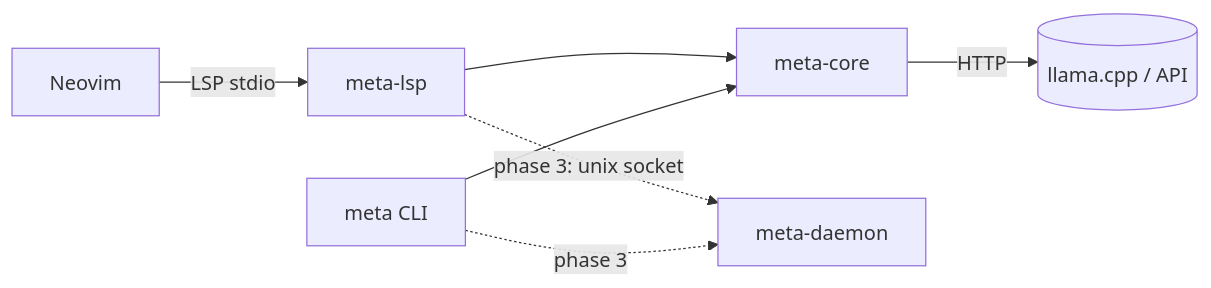
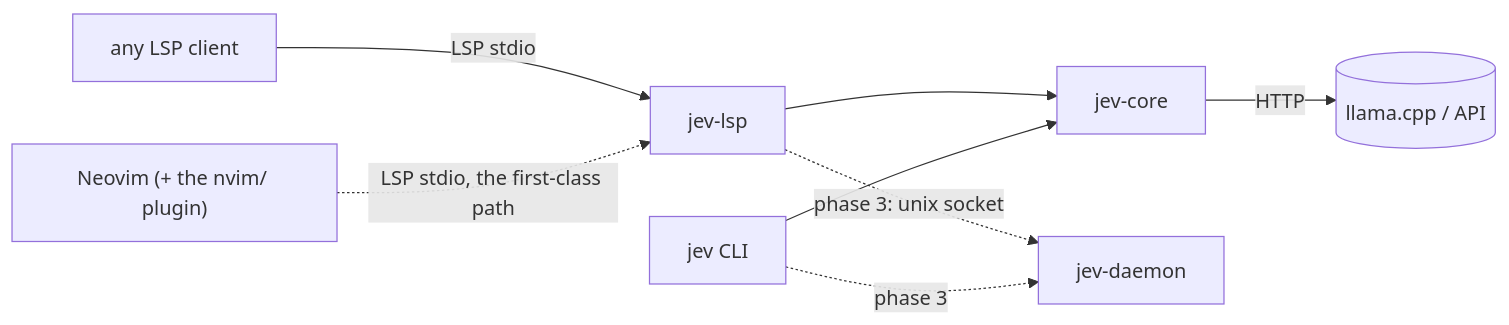
Before and after one commit to makefunstuff/jev-lsp: the first of 2 diagrams in docs/ARCHITECTURE.md, drawn with Mermaid. The commit also changed other lines of this file and 116 other files, not shown here.

````diff
--- a/docs/ARCHITECTURE.md
+++ b/docs/ARCHITECTURE.md
@@ -7,9 +7,10 @@
 ```mermaid
 graph LR
-  NV[Neovim] -->|"LSP stdio"| LSP[meta-lsp]
-  LSP --> CORE[meta-core]
-  CLI[meta CLI] --> CORE
+  CLIENT[any LSP client] -->|"LSP stdio"| LSP[jev-lsp]
+  NV["Neovim (+ the nvim/ plugin)"] -.->|"LSP stdio, the first-class path"| LSP
+  LSP --> CORE[jev-core]
+  CLI[jev CLI] --> CORE
   CORE -->|"HTTP"| MODEL[("llama.cpp / API")]
-  LSP -.->|"phase 3: unix socket"| DAEMON[meta-daemon]
+  LSP -.->|"phase 3: unix socket"| DAEMON[jev-daemon]
   CLI -.->|"phase 3"| DAEMON
 ```
````
